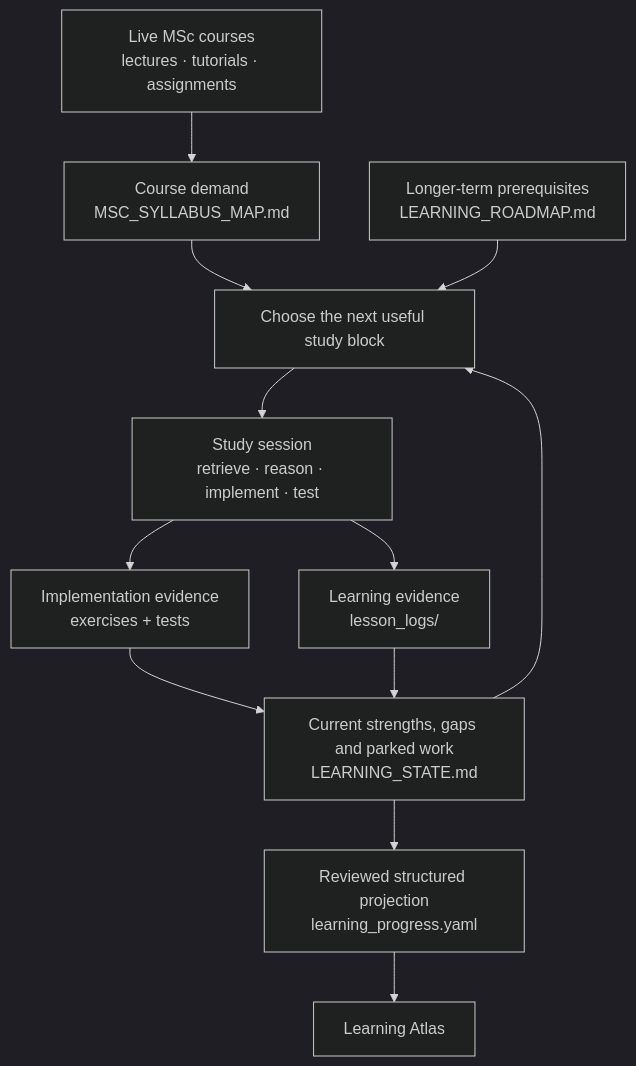
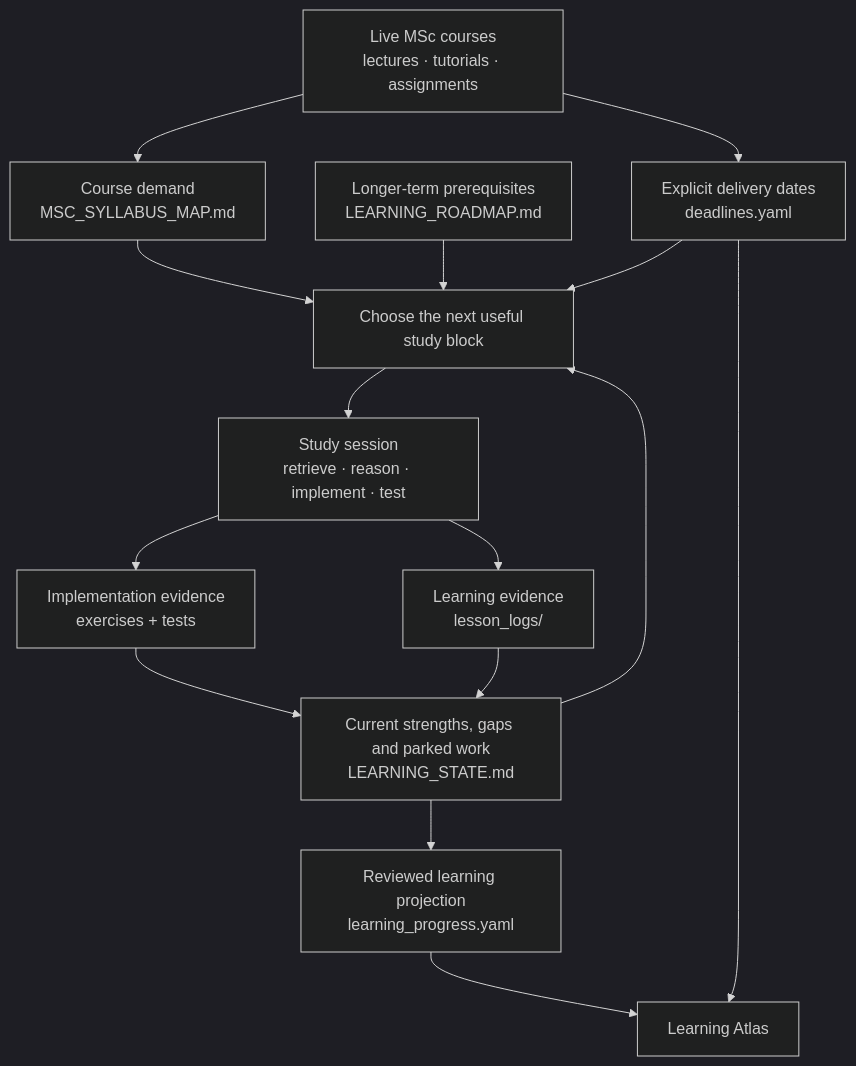
Before and after one commit to alistairkung/msc-ai-learning: the diagram in README.md, drawn with Mermaid (dark theme). The commit also changed other lines of this file, not shown here.

````diff
--- a/README.md
+++ b/README.md
@@ -15,16 +15,19 @@
 ```mermaid
 flowchart TD
     A[Live MSc courses<br/>lectures · tutorials · assignments] --> B[Course demand<br/>MSC_SYLLABUS_MAP.md]
+    A --> K[Explicit delivery dates<br/>deadlines.yaml]
     B --> C[Choose the next useful study block]
     D[Longer-term prerequisites<br/>LEARNING_ROADMAP.md] --> C
     E[Current strengths, gaps and parked work<br/>LEARNING_STATE.md] --> C
+    K --> C
 
     C --> F[Study session<br/>retrieve · reason · implement · test]
     F --> G[Implementation evidence<br/>exercises + tests]
     F --> H[Learning evidence<br/>lesson_logs/]
 
     G --> E
     H --> E
-    E --> I[Reviewed structured projection<br/>learning_progress.yaml]
+    E --> I[Reviewed learning projection<br/>learning_progress.yaml]
     I --> J[Learning Atlas]
+    K --> J
 ```
````
